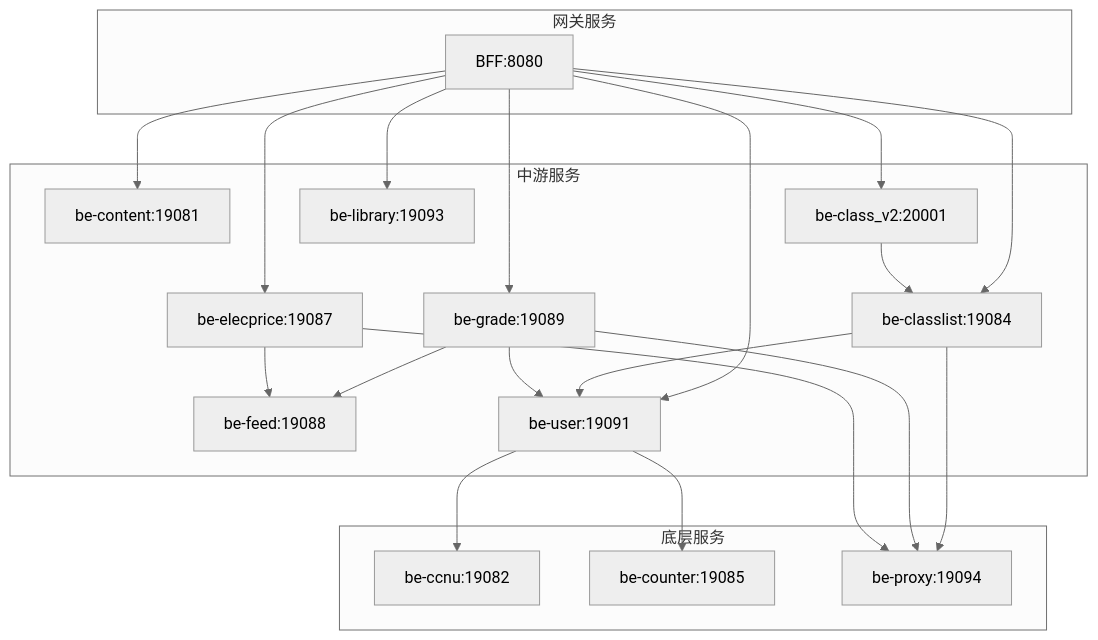
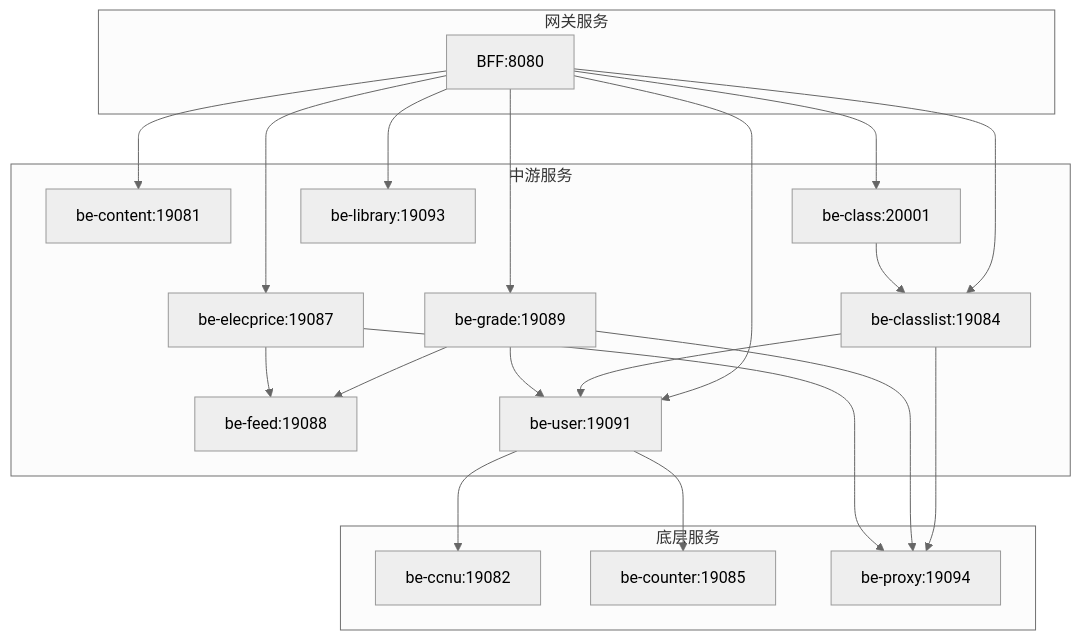
One commit to Dailiduzhou/ccnubox-be changed the diagram in README.md. Above: the diagram before and after it, drawn with Mermaid (neutral theme). The commit also changed other lines of this file and 193 other files, not shown here.

````diff
--- a/README.md
+++ b/README.md
@@ -105,45 +74,45 @@
 ```mermaid
 graph TD
     subgraph TopService ["网关服务"]
         bff_node["BFF:8080"]
     end
 
     subgraph MidService ["中游服务"]
         be_content["be-content:19081"]
-        be_course["be-class_v2:20001"]
+        be_course["be-class:20001"]
         be_course_list["be-classlist:19084"]
         be_grade["be-grade:19089"]
         be_elecprice["be-elecprice:19087"]
         be_feed["be-feed:19088"]
         be_user["be-user:19091"]
         be_library["be-library:19093"]
     end
 
     subgraph BotService ["底层服务"]
         be_ccnu["be-ccnu:19082"]
         be_counter["be-counter:19085"]
         be_proxy["be-proxy:19094"]
     end
 
     bff_node --> be_content
     bff_node --> be_course
     bff_node --> be_course_list
     bff_node --> be_grade
     bff_node --> be_elecprice
     bff_node --> be_user
     bff_node --> be_library
 
     be_course --> be_course_list
     be_course_list --> be_user
     be_course_list --> be_proxy
 
     be_grade --> be_feed
     be_grade --> be_user
     be_grade --> be_proxy
 
     be_elecprice --> be_feed
     be_elecprice --> be_proxy
 
     be_user --> be_ccnu
     be_user --> be_counter
 ```
````
